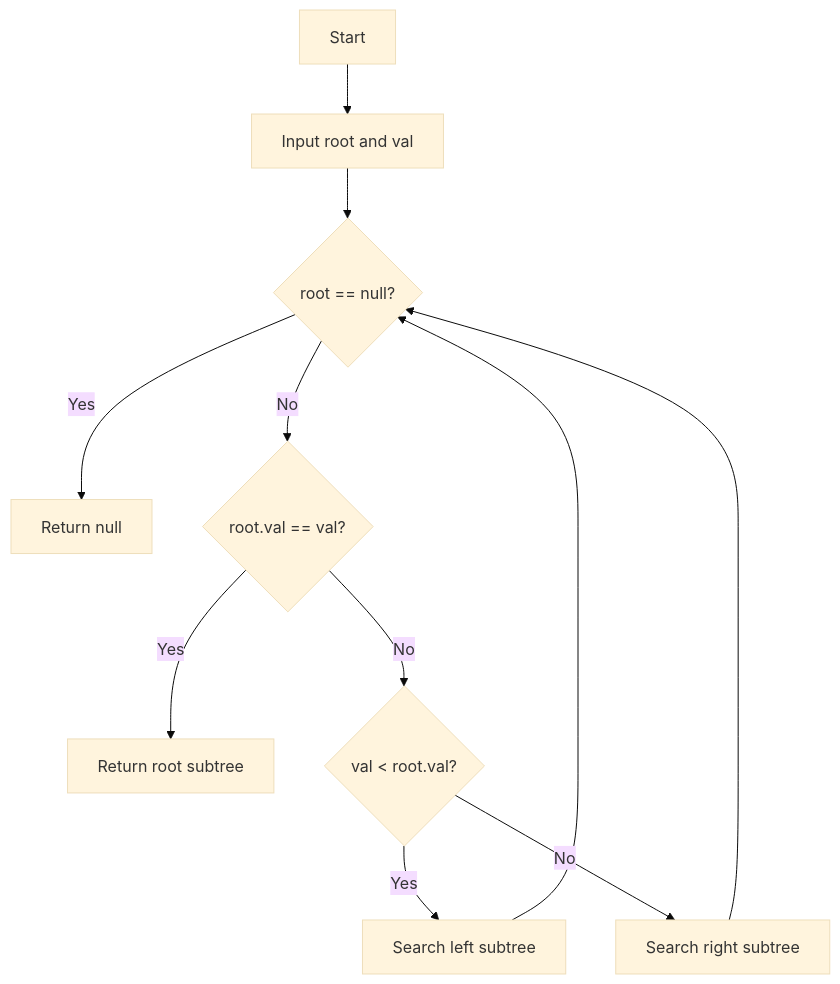
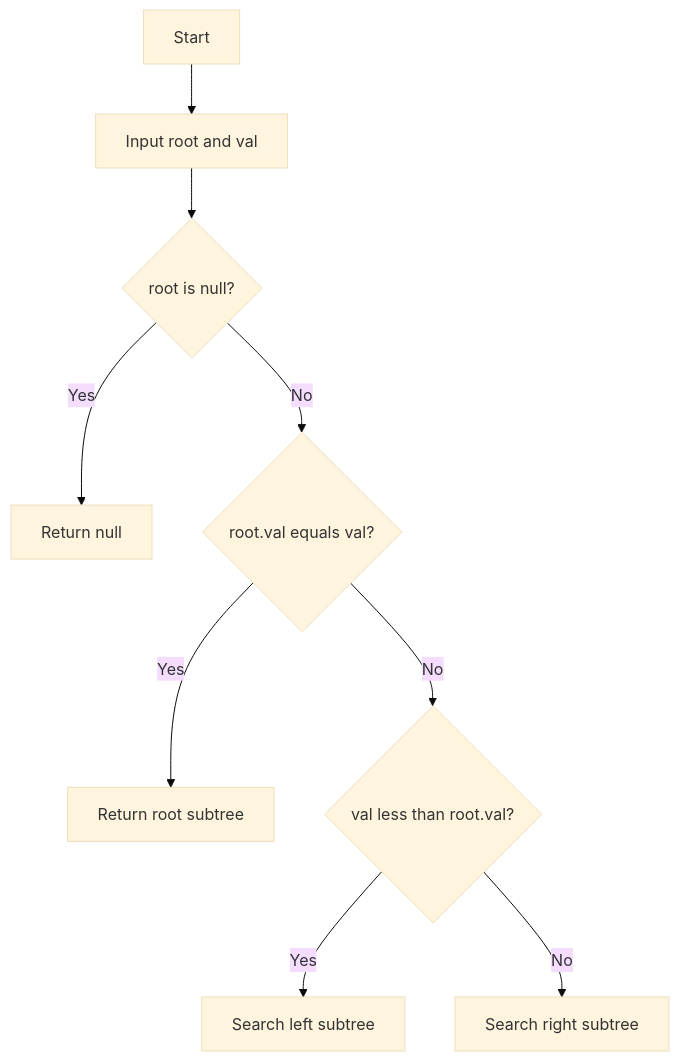
One commit to brovy23-GD/Rovy_Assignment_7.3_Search_BST changed the second of 4 diagrams in README.md. Above: the diagram before and after it, drawn with Mermaid (base theme). The commit also changed other lines of this file, not shown here.

````diff
--- a/README.md
+++ b/README.md
@@ -124,13 +121,11 @@
 ```mermaid
 flowchart TD
     A[Start] --> B[Input root and val]
-    B --> C{root == null?}
+    B --> C{root is null?}
     C -->|Yes| D[Return null]
-    C -->|No| E{root.val == val?}
+    C -->|No| E{root.val equals val?}
     E -->|Yes| F[Return root subtree]
-    E -->|No| G{val < root.val?}
+    E -->|No| G{val less than root.val?}
     G -->|Yes| H[Search left subtree]
     G -->|No| I[Search right subtree]
-    H --> C
-    I --> C
 ```
````
